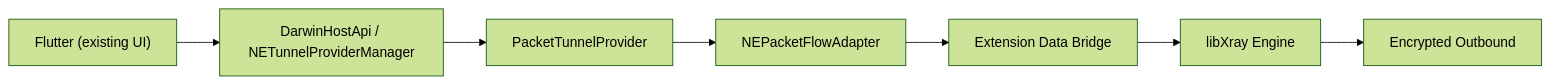
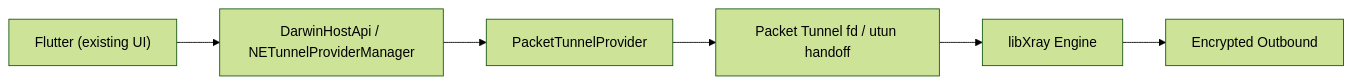
The diagram in docs/system-vpn-packet-tunnel-xray26.md (cloud-neutral-toolkit/xstream.svc.plus), drawn with Mermaid (forest theme) before and after one commit. The commit also changed other lines of this file and 4 other files, not shown here.

````diff
--- a/docs/system-vpn-packet-tunnel-xray26.md
+++ b/docs/system-vpn-packet-tunnel-xray26.md
@@ -146,9 +143,8 @@
 ```mermaid
 flowchart LR
   A["Flutter (existing UI)"] --> B["DarwinHostApi / NETunnelProviderManager"]
   B --> C["PacketTunnelProvider"]
-  C --> D["NEPacketFlowAdapter"]
-  D --> E["Extension Data Bridge"]
-  E --> F["libXray Engine"]
-  F --> G["Encrypted Outbound"]
+  C --> D["Packet Tunnel fd / utun handoff"]
+  D --> E["libXray Engine"]
+  E --> F["Encrypted Outbound"]
 ```
````
